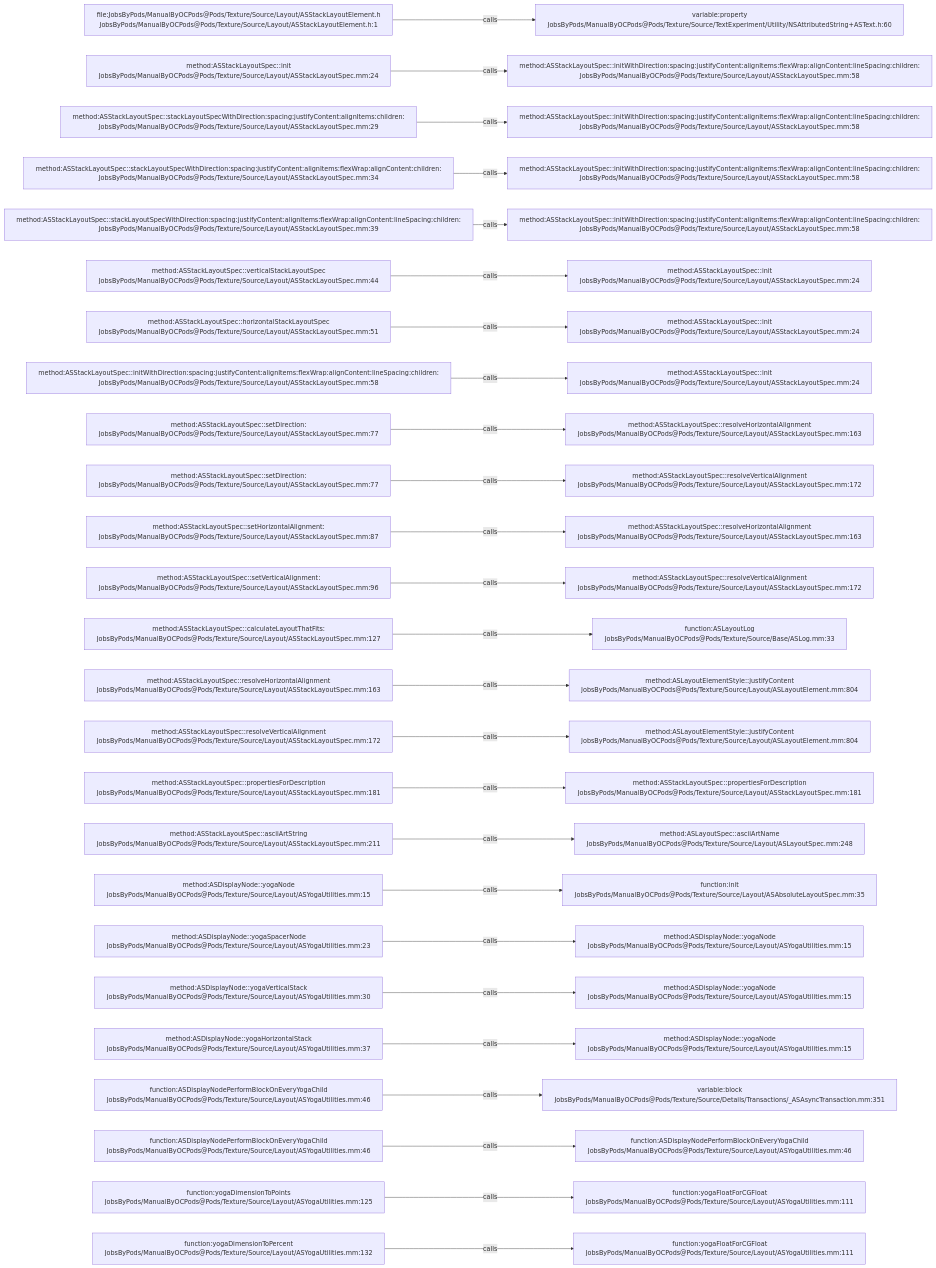
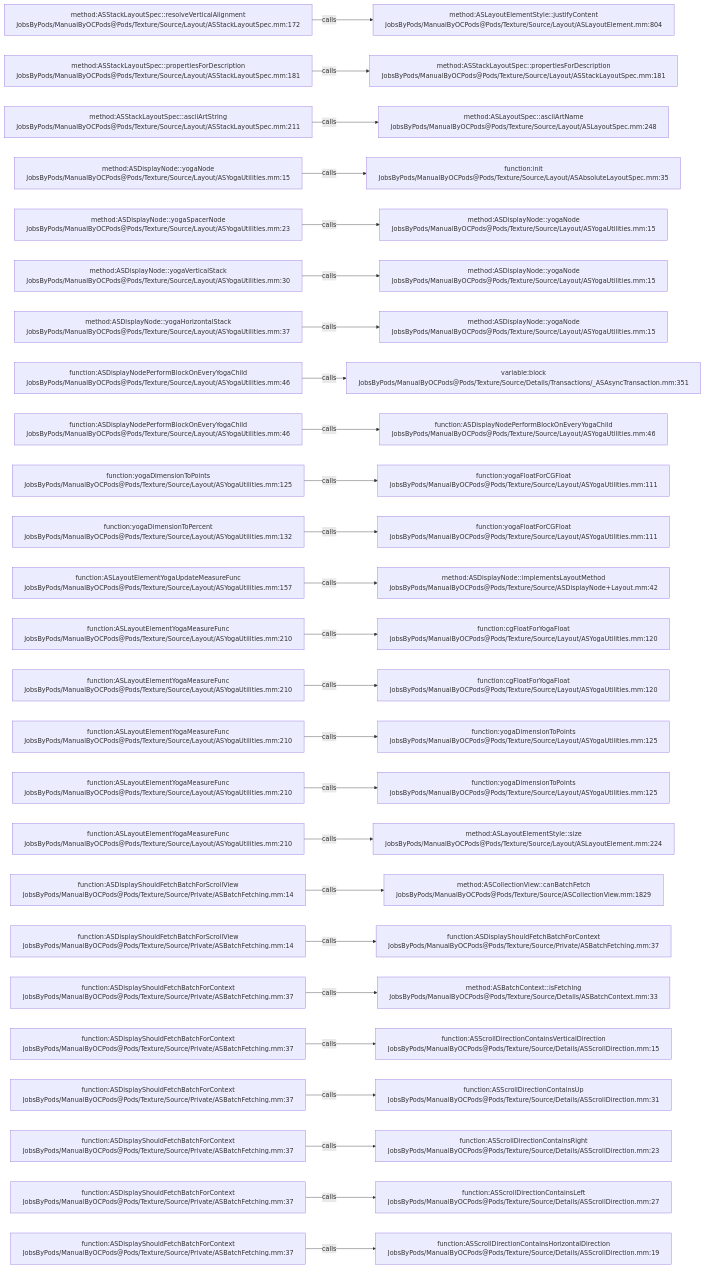
One commit to JobsKits/JobsOCBaseConfigDemo changed the diagram in .codegraph/codegraph.md/graphs/calls-185.md. Above: the diagram before and after it, drawn with Mermaid. The commit also changed 296 other files, not shown here.

````diff
--- a/.codegraph/codegraph.md/graphs/calls-185.md
+++ b/.codegraph/codegraph.md/graphs/calls-185.md
@@ -13,78 +13,78 @@
 ```mermaid
 flowchart LR
-  S1["file:JobsByPods/ManualByOCPods@Pods/Texture/Source/Layout/ASStackLayoutElement.h<br/>JobsByPods/ManualByOCPods@Pods/Texture/Source/Layout/ASStackLayoutElement.h:1"]
-  T1["variable:property<br/>JobsByPods/ManualByOCPods@Pods/Texture/Source/TextExperiment/Utility/NSAttributedString+ASText.h:60"]
+  S1["method:ASStackLayoutSpec::resolveVerticalAlignment<br/>JobsByPods/ManualByOCPods@Pods/Texture/Source/Layout/ASStackLayoutSpec.mm:172"]
+  T1["method:ASLayoutElementStyle::justifyContent<br/>JobsByPods/ManualByOCPods@Pods/Texture/Source/Layout/ASLayoutElement.mm:804"]
   S1 -->|calls| T1
-  S2["method:ASStackLayoutSpec::init<br/>JobsByPods/ManualByOCPods@Pods/Texture/Source/Layout/ASStackLayoutSpec.mm:24"]
-  T2["method:ASStackLayoutSpec::initWithDirection:spacing:justifyContent:alignItems:flexWrap:alignContent:lineSpacing:children:<br/>JobsByPods/ManualByOCPods@Pods/Texture/Source/Layout/ASStackLayoutSpec.mm:58"]
+  S2["method:ASStackLayoutSpec::propertiesForDescription<br/>JobsByPods/ManualByOCPods@Pods/Texture/Source/Layout/ASStackLayoutSpec.mm:181"]
+  T2["method:ASStackLayoutSpec::propertiesForDescription<br/>JobsByPods/ManualByOCPods@Pods/Texture/Source/Layout/ASStackLayoutSpec.mm:181"]
   S2 -->|calls| T2
-  S3["method:ASStackLayoutSpec::stackLayoutSpecWithDirection:spacing:justifyContent:alignItems:children:<br/>JobsByPods/ManualByOCPods@Pods/Texture/Source/Layout/ASStackLayoutSpec.mm:29"]
-  T3["method:ASStackLayoutSpec::initWithDirection:spacing:justifyContent:alignItems:flexWrap:alignContent:lineSpacing:children:<br/>JobsByPods/ManualByOCPods@Pods/Texture/Source/Layout/ASStackLayoutSpec.mm:58"]
+  S3["method:ASStackLayoutSpec::asciiArtString<br/>JobsByPods/ManualByOCPods@Pods/Texture/Source/Layout/ASStackLayoutSpec.mm:211"]
+  T3["method:ASLayoutSpec::asciiArtName<br/>JobsByPods/ManualByOCPods@Pods/Texture/Source/Layout/ASLayoutSpec.mm:248"]
   S3 -->|calls| T3
-  S4["method:ASStackLayoutSpec::stackLayoutSpecWithDirection:spacing:justifyContent:alignItems:flexWrap:alignContent:children:<br/>JobsByPods/ManualByOCPods@Pods/Texture/Source/Layout/ASStackLayoutSpec.mm:34"]
-  T4["method:ASStackLayoutSpec::initWithDirection:spacing:justifyContent:alignItems:flexWrap:alignContent:lineSpacing:children:<br/>JobsByPods/ManualByOCPods@Pods/Texture/Source/Layout/ASStackLayoutSpec.mm:58"]
+  S4["method:ASDisplayNode::yogaNode<br/>JobsByPods/ManualByOCPods@Pods/Texture/Source/Layout/ASYogaUtilities.mm:15"]
+  T4["function:init<br/>JobsByPods/ManualByOCPods@Pods/Texture/Source/Layout/ASAbsoluteLayoutSpec.mm:35"]
   S4 -->|calls| T4
-  S5["method:ASStackLayoutSpec::stackLayoutSpecWithDirection:spacing:justifyContent:alignItems:flexWrap:alignContent:lineSpacing:children:<br/>JobsByPods/ManualByOCPods@Pods/Texture/Source/Layout/ASStackLayoutSpec.mm:39"]
-  T5["method:ASStackLayoutSpec::initWithDirection:spacing:justifyContent:alignItems:flexWrap:alignContent:lineSpacing:children:<br/>JobsByPods/ManualByOCPods@Pods/Texture/Source/Layout/ASStackLayoutSpec.mm:58"]
+  S5["method:ASDisplayNode::yogaSpacerNode<br/>JobsByPods/ManualByOCPods@Pods/Texture/Source/Layout/ASYogaUtilities.mm:23"]
+  T5["method:ASDisplayNode::yogaNode<br/>JobsByPods/ManualByOCPods@Pods/Texture/Source/Layout/ASYogaUtilities.mm:15"]
   S5 -->|calls| T5
-  S6["method:ASStackLayoutSpec::verticalStackLayoutSpec<br/>JobsByPods/ManualByOCPods@Pods/Texture/Source/Layout/ASStackLayoutSpec.mm:44"]
-  T6["method:ASStackLayoutSpec::init<br/>JobsByPods/ManualByOCPods@Pods/Texture/Source/Layout/ASStackLayoutSpec.mm:24"]
+  S6["method:ASDisplayNode::yogaVerticalStack<br/>JobsByPods/ManualByOCPods@Pods/Texture/Source/Layout/ASYogaUtilities.mm:30"]
+  T6["method:ASDisplayNode::yogaNode<br/>JobsByPods/ManualByOCPods@Pods/Texture/Source/Layout/ASYogaUtilities.mm:15"]
   S6 -->|calls| T6
-  S7["method:ASStackLayoutSpec::horizontalStackLayoutSpec<br/>JobsByPods/ManualByOCPods@Pods/Texture/Source/Layout/ASStackLayoutSpec.mm:51"]
-  T7["method:ASStackLayoutSpec::init<br/>JobsByPods/ManualByOCPods@Pods/Texture/Source/Layout/ASStackLayoutSpec.mm:24"]
+  S7["method:ASDisplayNode::yogaHorizontalStack<br/>JobsByPods/ManualByOCPods@Pods/Texture/Source/Layout/ASYogaUtilities.mm:37"]
+  T7["method:ASDisplayNode::yogaNode<br/>JobsByPods/ManualByOCPods@Pods/Texture/Source/Layout/ASYogaUtilities.mm:15"]
   S7 -->|calls| T7
-  S8["method:ASStackLayoutSpec::initWithDirection:spacing:justifyContent:alignItems:flexWrap:alignContent:lineSpacing:children:<br/>JobsByPods/ManualByOCPods@Pods/Texture/Source/Layout/ASStackLayoutSpec.mm:58"]
-  T8["method:ASStackLayoutSpec::init<br/>JobsByPods/ManualByOCPods@Pods/Texture/Source/Layout/ASStackLayoutSpec.mm:24"]
+  S8["function:ASDisplayNodePerformBlockOnEveryYogaChild<br/>JobsByPods/ManualByOCPods@Pods/Texture/Source/Layout/ASYogaUtilities.mm:46"]
+  T8["variable:block<br/>JobsByPods/ManualByOCPods@Pods/Texture/Source/Details/Transactions/_ASAsyncTransaction.mm:351"]
   S8 -->|calls| T8
-  S9["method:ASStackLayoutSpec::setDirection:<br/>JobsByPods/ManualByOCPods@Pods/Texture/Source/Layout/ASStackLayoutSpec.mm:77"]
-  T9["method:ASStackLayoutSpec::resolveHorizontalAlignment<br/>JobsByPods/ManualByOCPods@Pods/Texture/Source/Layout/ASStackLayoutSpec.mm:163"]
+  S9["function:ASDisplayNodePerformBlockOnEveryYogaChild<br/>JobsByPods/ManualByOCPods@Pods/Texture/Source/Layout/ASYogaUtilities.mm:46"]
+  T9["function:ASDisplayNodePerformBlockOnEveryYogaChild<br/>JobsByPods/ManualByOCPods@Pods/Texture/Source/Layout/ASYogaUtilities.mm:46"]
   S9 -->|calls| T9
-  S10["method:ASStackLayoutSpec::setDirection:<br/>JobsByPods/ManualByOCPods@Pods/Texture/Source/Layout/ASStackLayoutSpec.mm:77"]
-  T10["method:ASStackLayoutSpec::resolveVerticalAlignment<br/>JobsByPods/ManualByOCPods@Pods/Texture/Source/Layout/ASStackLayoutSpec.mm:172"]
+  S10["function:yogaDimensionToPoints<br/>JobsByPods/ManualByOCPods@Pods/Texture/Source/Layout/ASYogaUtilities.mm:125"]
+  T10["function:yogaFloatForCGFloat<br/>JobsByPods/ManualByOCPods@Pods/Texture/Source/Layout/ASYogaUtilities.mm:111"]
   S10 -->|calls| T10
-  S11["method:ASStackLayoutSpec::setHorizontalAlignment:<br/>JobsByPods/ManualByOCPods@Pods/Texture/Source/Layout/ASStackLayoutSpec.mm:87"]
-  T11["method:ASStackLayoutSpec::resolveHorizontalAlignment<br/>JobsByPods/ManualByOCPods@Pods/Texture/Source/Layout/ASStackLayoutSpec.mm:163"]
+  S11["function:yogaDimensionToPercent<br/>JobsByPods/ManualByOCPods@Pods/Texture/Source/Layout/ASYogaUtilities.mm:132"]
+  T11["function:yogaFloatForCGFloat<br/>JobsByPods/ManualByOCPods@Pods/Texture/Source/Layout/ASYogaUtilities.mm:111"]
   S11 -->|calls| T11
-  S12["method:ASStackLayoutSpec::setVerticalAlignment:<br/>JobsByPods/ManualByOCPods@Pods/Texture/Source/Layout/ASStackLayoutSpec.mm:96"]
-  T12["method:ASStackLayoutSpec::resolveVerticalAlignment<br/>JobsByPods/ManualByOCPods@Pods/Texture/Source/Layout/ASStackLayoutSpec.mm:172"]
+  S12["function:ASLayoutElementYogaUpdateMeasureFunc<br/>JobsByPods/ManualByOCPods@Pods/Texture/Source/Layout/ASYogaUtilities.mm:157"]
+  T12["method:ASDisplayNode::implementsLayoutMethod<br/>JobsByPods/ManualByOCPods@Pods/Texture/Source/ASDisplayNode+Layout.mm:42"]
   S12 -->|calls| T12
-  S13["method:ASStackLayoutSpec::calculateLayoutThatFits:<br/>JobsByPods/ManualByOCPods@Pods/Texture/Source/Layout/ASStackLayoutSpec.mm:127"]
-  T13["function:ASLayoutLog<br/>JobsByPods/ManualByOCPods@Pods/Texture/Source/Base/ASLog.mm:33"]
+  S13["function:ASLayoutElementYogaMeasureFunc<br/>JobsByPods/ManualByOCPods@Pods/Texture/Source/Layout/ASYogaUtilities.mm:210"]
+  T13["function:cgFloatForYogaFloat<br/>JobsByPods/ManualByOCPods@Pods/Texture/Source/Layout/ASYogaUtilities.mm:120"]
   S13 -->|calls| T13
-  S14["method:ASStackLayoutSpec::resolveHorizontalAlignment<br/>JobsByPods/ManualByOCPods@Pods/Texture/Source/Layout/ASStackLayoutSpec.mm:163"]
-  T14["method:ASLayoutElementStyle::justifyContent<br/>JobsByPods/ManualByOCPods@Pods/Texture/Source/Layout/ASLayoutElement.mm:804"]
+  S14["function:ASLayoutElementYogaMeasureFunc<br/>JobsByPods/ManualByOCPods@Pods/Texture/Source/Layout/ASYogaUtilities.mm:210"]
+  T14["function:cgFloatForYogaFloat<br/>JobsByPods/ManualByOCPods@Pods/Texture/Source/Layout/ASYogaUtilities.mm:120"]
   S14 -->|calls| T14
-  S15["method:ASStackLayoutSpec::resolveVerticalAlignment<br/>JobsByPods/ManualByOCPods@Pods/Texture/Source/Layout/ASStackLayoutSpec.mm:172"]
-  T15["method:ASLayoutElementStyle::justifyContent<br/>JobsByPods/ManualByOCPods@Pods/Texture/Source/Layout/ASLayoutElement.mm:804"]
+  S15["function:ASLayoutElementYogaMeasureFunc<br/>JobsByPods/ManualByOCPods@Pods/Texture/Source/Layout/ASYogaUtilities.mm:210"]
+  T15["function:yogaDimensionToPoints<br/>JobsByPods/ManualByOCPods@Pods/Texture/Source/Layout/ASYogaUtilities.mm:125"]
   S15 -->|calls| T15
-  S16["method:ASStackLayoutSpec::propertiesForDescription<br/>JobsByPods/ManualByOCPods@Pods/Texture/Source/Layout/ASStackLayoutSpec.mm:181"]
-  T16["method:ASStackLayoutSpec::propertiesForDescription<br/>JobsByPods/ManualByOCPods@Pods/Texture/Source/Layout/ASStackLayoutSpec.mm:181"]
+  S16["function:ASLayoutElementYogaMeasureFunc<br/>JobsByPods/ManualByOCPods@Pods/Texture/Source/Layout/ASYogaUtilities.mm:210"]
+  T16["function:yogaDimensionToPoints<br/>JobsByPods/ManualByOCPods@Pods/Texture/Source/Layout/ASYogaUtilities.mm:125"]
   S16 -->|calls| T16
-  S17["method:ASStackLayoutSpec::asciiArtString<br/>JobsByPods/ManualByOCPods@Pods/Texture/Source/Layout/ASStackLayoutSpec.mm:211"]
-  T17["method:ASLayoutSpec::asciiArtName<br/>JobsByPods/ManualByOCPods@Pods/Texture/Source/Layout/ASLayoutSpec.mm:248"]
+  S17["function:ASLayoutElementYogaMeasureFunc<br/>JobsByPods/ManualByOCPods@Pods/Texture/Source/Layout/ASYogaUtilities.mm:210"]
+  T17["method:ASLayoutElementStyle::size<br/>JobsByPods/ManualByOCPods@Pods/Texture/Source/Layout/ASLayoutElement.mm:224"]
   S17 -->|calls| T17
-  S18["method:ASDisplayNode::yogaNode<br/>JobsByPods/ManualByOCPods@Pods/Texture/Source/Layout/ASYogaUtilities.mm:15"]
-  T18["function:init<br/>JobsByPods/ManualByOCPods@Pods/Texture/Source/Layout/ASAbsoluteLayoutSpec.mm:35"]
+  S18["function:ASDisplayShouldFetchBatchForScrollView<br/>JobsByPods/ManualByOCPods@Pods/Texture/Source/Private/ASBatchFetching.mm:14"]
+  T18["method:ASCollectionView::canBatchFetch<br/>JobsByPods/ManualByOCPods@Pods/Texture/Source/ASCollectionView.mm:1829"]
   S18 -->|calls| T18
-  S19["method:ASDisplayNode::yogaSpacerNode<br/>JobsByPods/ManualByOCPods@Pods/Texture/Source/Layout/ASYogaUtilities.mm:23"]
-  T19["method:ASDisplayNode::yogaNode<br/>JobsByPods/ManualByOCPods@Pods/Texture/Source/Layout/ASYogaUtilities.mm:15"]
+  S19["function:ASDisplayShouldFetchBatchForScrollView<br/>JobsByPods/ManualByOCPods@Pods/Texture/Source/Private/ASBatchFetching.mm:14"]
+  T19["function:ASDisplayShouldFetchBatchForContext<br/>JobsByPods/ManualByOCPods@Pods/Texture/Source/Private/ASBatchFetching.mm:37"]
   S19 -->|calls| T19
-  S20["method:ASDisplayNode::yogaVerticalStack<br/>JobsByPods/ManualByOCPods@Pods/Texture/Source/Layout/ASYogaUtilities.mm:30"]
-  T20["method:ASDisplayNode::yogaNode<br/>JobsByPods/ManualByOCPods@Pods/Texture/Source/Layout/ASYogaUtilities.mm:15"]
+  S20["function:ASDisplayShouldFetchBatchForContext<br/>JobsByPods/ManualByOCPods@Pods/Texture/Source/Private/ASBatchFetching.mm:37"]
+  T20["method:ASBatchContext::isFetching<br/>JobsByPods/ManualByOCPods@Pods/Texture/Source/Details/ASBatchContext.mm:33"]
   S20 -->|calls| T20
-  S21["method:ASDisplayNode::yogaHorizontalStack<br/>JobsByPods/ManualByOCPods@Pods/Texture/Source/Layout/ASYogaUtilities.mm:37"]
-  T21["method:ASDisplayNode::yogaNode<br/>JobsByPods/ManualByOCPods@Pods/Texture/Source/Layout/ASYogaUtilities.mm:15"]
+  S21["function:ASDisplayShouldFetchBatchForContext<br/>JobsByPods/ManualByOCPods@Pods/Texture/Source/Private/ASBatchFetching.mm:37"]
+  T21["function:ASScrollDirectionContainsVerticalDirection<br/>JobsByPods/ManualByOCPods@Pods/Texture/Source/Details/ASScrollDirection.mm:15"]
   S21 -->|calls| T21
-  S22["function:ASDisplayNodePerformBlockOnEveryYogaChild<br/>JobsByPods/ManualByOCPods@Pods/Texture/Source/Layout/ASYogaUtilities.mm:46"]
-  T22["variable:block<br/>JobsByPods/ManualByOCPods@Pods/Texture/Source/Details/Transactions/_ASAsyncTransaction.mm:351"]
+  S22["function:ASDisplayShouldFetchBatchForContext<br/>JobsByPods/ManualByOCPods@Pods/Texture/Source/Private/ASBatchFetching.mm:37"]
+  T22["function:ASScrollDirectionContainsUp<br/>JobsByPods/ManualByOCPods@Pods/Texture/Source/Details/ASScrollDirection.mm:31"]
   S22 -->|calls| T22
-  S23["function:ASDisplayNodePerformBlockOnEveryYogaChild<br/>JobsByPods/ManualByOCPods@Pods/Texture/Source/Layout/ASYogaUtilities.mm:46"]
-  T23["function:ASDisplayNodePerformBlockOnEveryYogaChild<br/>JobsByPods/ManualByOCPods@Pods/Texture/Source/Layout/ASYogaUtilities.mm:46"]
+  S23["function:ASDisplayShouldFetchBatchForContext<br/>JobsByPods/ManualByOCPods@Pods/Texture/Source/Private/ASBatchFetching.mm:37"]
+  T23["function:ASScrollDirectionContainsRight<br/>JobsByPods/ManualByOCPods@Pods/Texture/Source/Details/ASScrollDirection.mm:23"]
   S23 -->|calls| T23
-  S24["function:yogaDimensionToPoints<br/>JobsByPods/ManualByOCPods@Pods/Texture/Source/Layout/ASYogaUtilities.mm:125"]
-  T24["function:yogaFloatForCGFloat<br/>JobsByPods/ManualByOCPods@Pods/Texture/Source/Layout/ASYogaUtilities.mm:111"]
+  S24["function:ASDisplayShouldFetchBatchForContext<br/>JobsByPods/ManualByOCPods@Pods/Texture/Source/Private/ASBatchFetching.mm:37"]
+  T24["function:ASScrollDirectionContainsLeft<br/>JobsByPods/ManualByOCPods@Pods/Texture/Source/Details/ASScrollDirection.mm:27"]
   S24 -->|calls| T24
-  S25["function:yogaDimensionToPercent<br/>JobsByPods/ManualByOCPods@Pods/Texture/Source/Layout/ASYogaUtilities.mm:132"]
-  T25["function:yogaFloatForCGFloat<br/>JobsByPods/ManualByOCPods@Pods/Texture/Source/Layout/ASYogaUtilities.mm:111"]
+  S25["function:ASDisplayShouldFetchBatchForContext<br/>JobsByPods/ManualByOCPods@Pods/Texture/Source/Private/ASBatchFetching.mm:37"]
+  T25["function:ASScrollDirectionContainsHorizontalDirection<br/>JobsByPods/ManualByOCPods@Pods/Texture/Source/Details/ASScrollDirection.mm:19"]
   S25 -->|calls| T25
 ```
````
